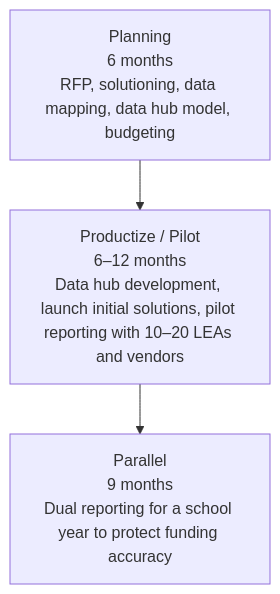
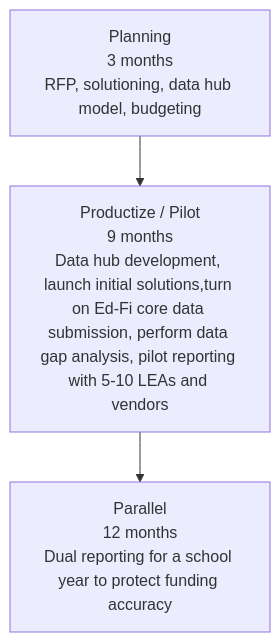
The second of 10 diagrams in docs/getting-started/sea-playbook/ed-fi-overview-and-implementation-playbook.md (Ed-Fi-Alliance-OSS/ed-fi-alliance-oss.github.io), drawn with Mermaid before and after one commit. The commit also changed other lines of this file, not shown here.

````diff
--- a/docs/getting-started/sea-playbook/ed-fi-overview-and-implementation-playbook.md
+++ b/docs/getting-started/sea-playbook/ed-fi-overview-and-implementation-playbook.md
@@ -117,7 +226,7 @@
 ```mermaid
 flowchart TD
-  Planning["Planning<br/>6 months<br/>RFP, solutioning, data mapping, data hub model, budgeting"]
-  Pilot["Productize / Pilot<br/>6–12 months<br/>Data hub development, launch initial solutions, pilot reporting with 10–20 LEAs and vendors"]
-  Parallel["Parallel<br/>9 months<br/>Dual reporting for a school year to protect funding accuracy"]
+  Planning["Planning<br/>3 months<br/>RFP, solutioning, data hub model, budgeting"]
+  Pilot["Productize / Pilot<br/>9 months<br/>Data hub development, launch initial solutions,turn on Ed-Fi core data submission, perform data gap analysis, pilot reporting with 5-10 LEAs and vendors"]
+  Parallel["Parallel<br/>12 months<br/>Dual reporting for a school year to protect funding accuracy"]
   Planning --> Pilot --> Parallel
 ```
````
